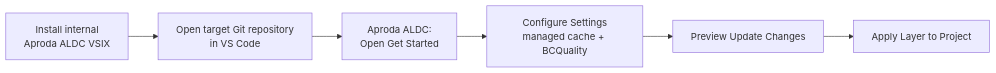
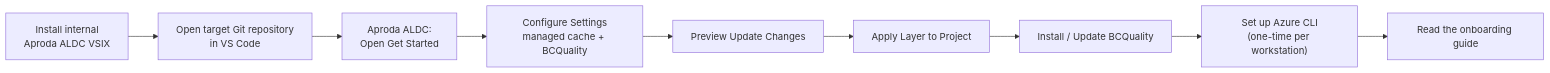
The first of 2 diagrams in .github/readme.aproda.md (Aproda-AG/ALDC-AL-Development-Collection-Aproda), drawn with Mermaid before and after one commit. The commit also changed other lines of this file, not shown here.

Commit message:
chore: update version to 1.2.0_aproda.13 and enhance Azure CLI setup instructions in README

````diff
--- a/.github/readme.aproda.md
+++ b/.github/readme.aproda.md
@@ -36,8 +36,11 @@
 ```mermaid
 flowchart LR
    A["Install internal\nAproda ALDC VSIX"] --> B["Open target Git repository\nin VS Code"]
    B --> C["Aproda ALDC:\nOpen Get Started"]
    C --> D["Configure Settings\nmanaged cache + BCQuality"]
    D --> E["Preview Update Changes"]
    E --> F["Apply Layer to Project"]
+   F --> G["Install / Update BCQuality"]
+   G --> H["Set up Azure CLI\n(one-time per workstation)"]
+   H --> I["Read the onboarding guide"]
 ```
````
